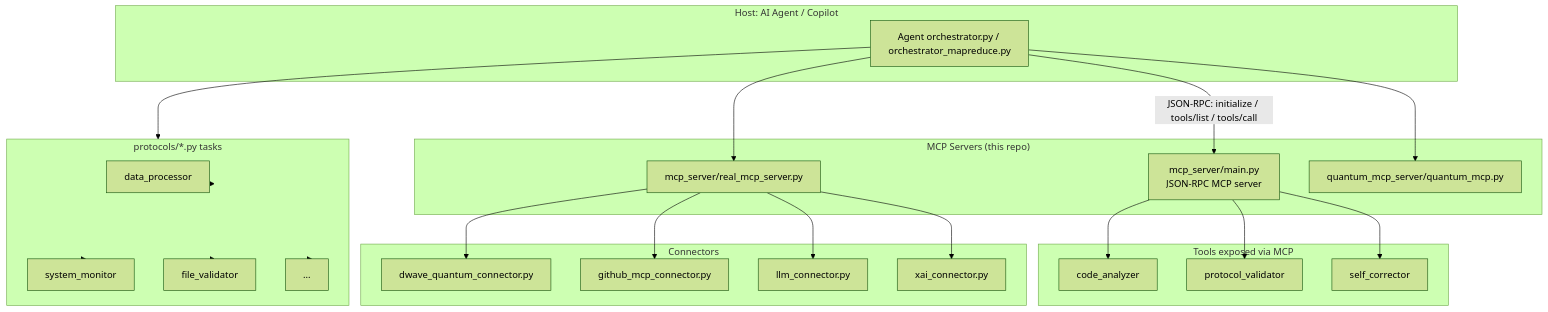
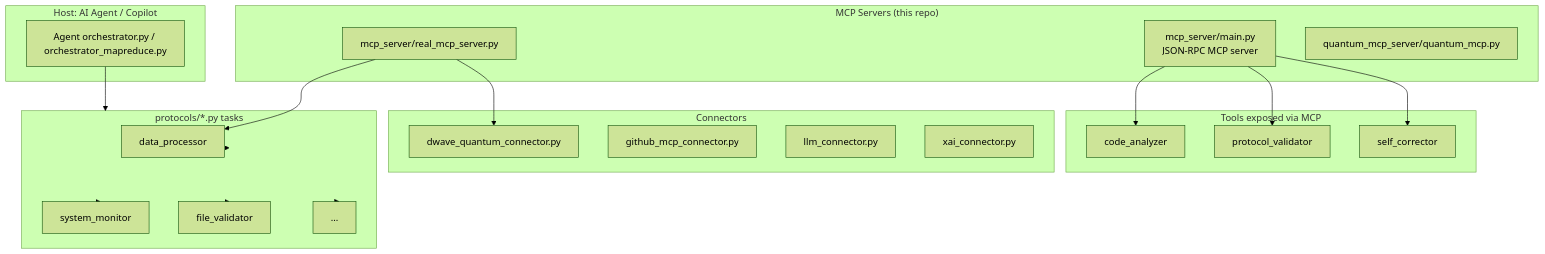
The diagram in docs/REPO_MAP.md (groupthinking/self-correcting-executor), drawn with Mermaid (forest theme) before and after one commit. The commit also changed other lines of this file and 9 other files, not shown here.

````diff
--- a/docs/REPO_MAP.md
+++ b/docs/REPO_MAP.md
@@ -35,48 +35,43 @@
 ```mermaid
 flowchart TD
     subgraph Host["Host: AI Agent / Copilot"]
         A[Agent orchestrator.py / orchestrator_mapreduce.py]
     end
 
     subgraph MCPServers["MCP Servers (this repo)"]
         M1[mcp_server/main.py<br/>JSON-RPC MCP server]
         M2[mcp_server/real_mcp_server.py]
         M3[quantum_mcp_server/quantum_mcp.py]
     end
 
     subgraph Tools["Tools exposed via MCP"]
         T1[code_analyzer]
         T2[protocol_validator]
         T3[self_corrector]
     end
 
     subgraph Connectors["Connectors"]
         C1[dwave_quantum_connector.py]
         C2[github_mcp_connector.py]
         C3[llm_connector.py]
         C4[xai_connector.py]
     end
 
     subgraph Protocols["protocols/*.py tasks"]
         P1[data_processor]
         P2[system_monitor]
         P3[file_validator]
         P4[...]
     end
 
-    A -- "JSON-RPC: initialize / tools/list / tools/call" --> M1
     M1 --> T1
     M1 --> T2
     M1 --> T3
-    A --> M2
-    A --> M3
     M2 --> C1
-    M2 --> C2
-    M2 --> C3
-    M2 --> C4
+    M2 --> P1
     A --> Protocols
     Protocols --> P1
     Protocols --> P2
     Protocols --> P3
     Protocols --> P4
 ```
````
